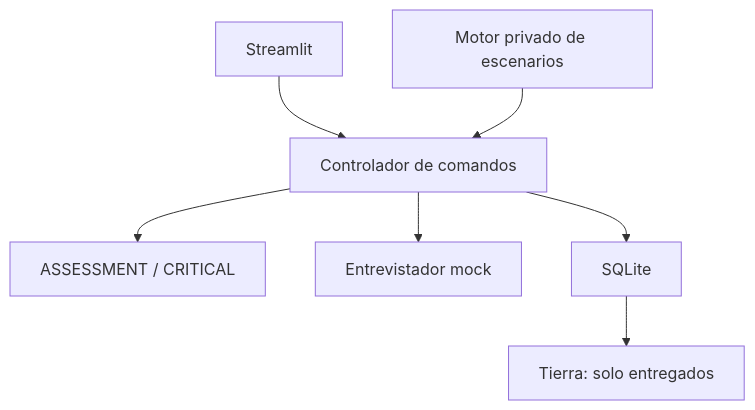
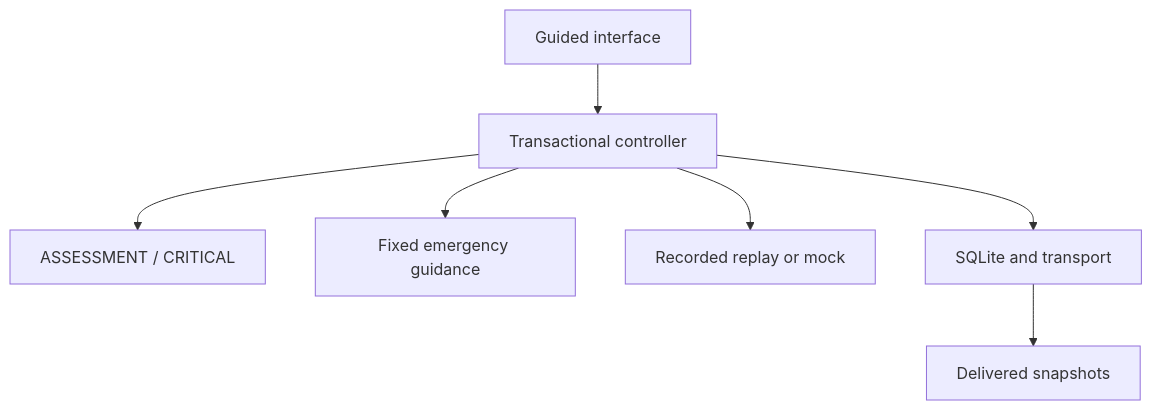
Before and after one commit to dtaguirrea/patch: the diagram in docs/ARCHITECTURE.md, drawn with Mermaid. The commit also changed other lines of this file and 17 other files, not shown here.

````diff
--- a/docs/ARCHITECTURE.md
+++ b/docs/ARCHITECTURE.md
@@ -5,9 +5,9 @@
 ```mermaid
 flowchart TD
-    UI["Streamlit"] --> Controller["Controlador de comandos"]
+    UI["Guided interface"] --> Controller["Transactional controller"]
     Controller --> HSM["ASSESSMENT / CRITICAL"]
-    Controller --> Mock["Entrevistador mock"]
-    Controller --> DB["SQLite"]
-    Scenario["Motor privado de escenarios"] --> Controller
-    DB --> Earth["Tierra: solo entregados"]
+    Controller --> Guidance["Fixed emergency guidance"]
+    Controller --> Interview["Recorded replay or mock"]
+    Controller --> DB["SQLite and transport"]
+    DB --> Earth["Delivered snapshots"]
 ```
````
